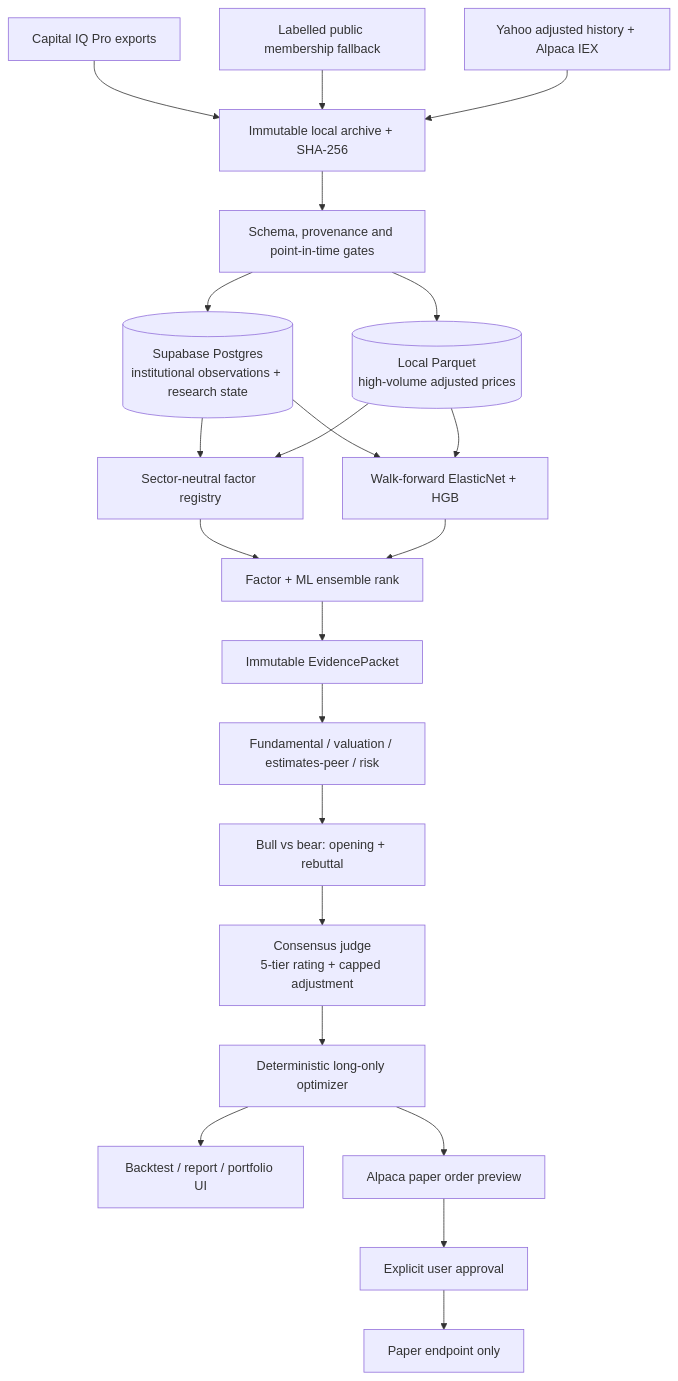
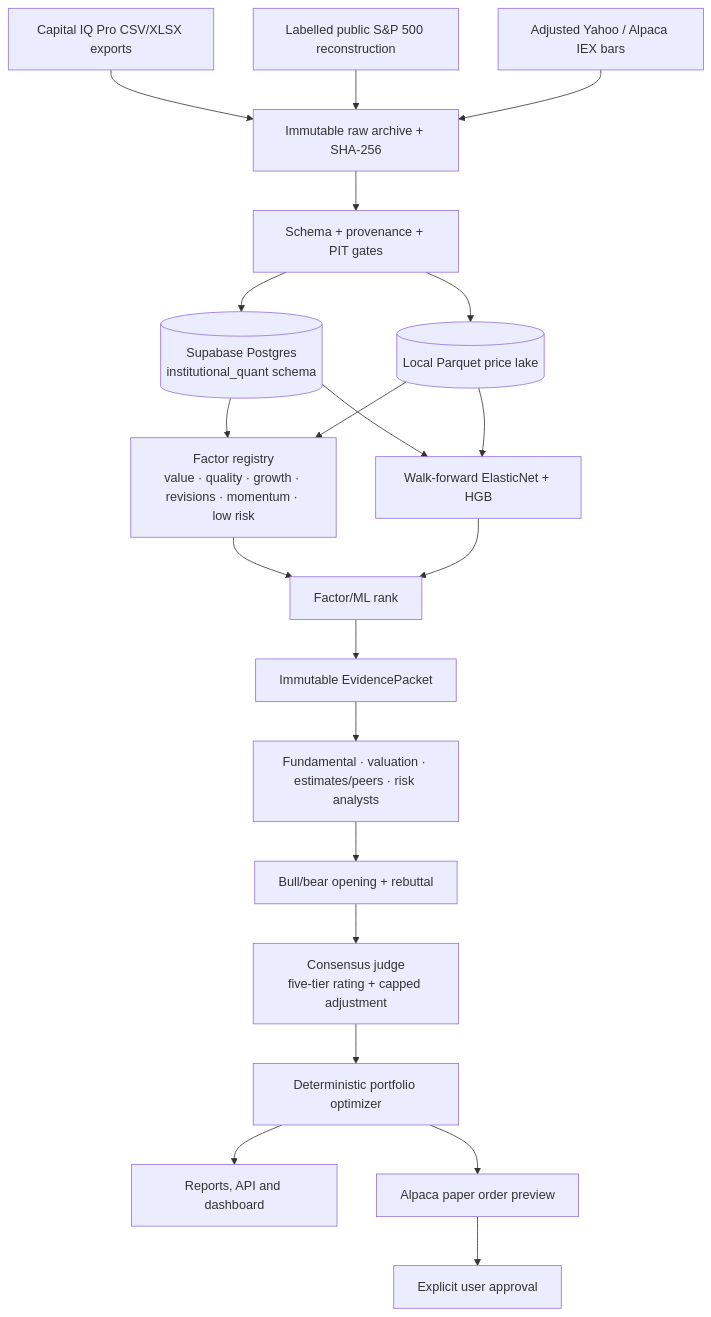
The diagram in README.md (huajianv587/sp500-institutional-quant), drawn with Mermaid before and after one commit. The commit also changed other lines of this file and 7 other files, not shown here.

Commit message:
feat: complete institutional S&P 500 research loop

````diff
--- a/README.md
+++ b/README.md
@@ -41,24 +27,23 @@
 ```mermaid
 flowchart TD
-    CIQ[Capital IQ Pro exports] --> RAW[Immutable local archive + SHA-256]
-    PUBLIC[Labelled public membership fallback] --> RAW
-    MARKET[Yahoo adjusted history + Alpaca IEX] --> RAW
-    RAW --> GATE[Schema, provenance and point-in-time gates]
-    GATE --> DB[(Supabase Postgres\ninstitutional observations + research state)]
-    GATE --> LAKE[(Local Parquet\nhigh-volume adjusted prices)]
-    DB --> FACTOR[Sector-neutral factor registry]
-    LAKE --> FACTOR
-    DB --> ML[Walk-forward ElasticNet + HGB]
-    LAKE --> ML
-    FACTOR --> RANK[Factor + ML ensemble rank]
-    ML --> RANK
-    RANK --> PACKET[Immutable EvidencePacket]
-    PACKET --> ANALYSTS[Fundamental / valuation / estimates-peer / risk]
-    ANALYSTS --> DEBATE[Bull vs bear: opening + rebuttal]
-    DEBATE --> JUDGE[Consensus judge\n5-tier rating + capped adjustment]
-    JUDGE --> OPT[Deterministic long-only optimizer]
-    OPT --> REPORT[Backtest / report / portfolio UI]
-    OPT --> PREVIEW[Alpaca paper order preview]
-    PREVIEW --> APPROVAL[Explicit user approval]
-    APPROVAL --> PAPER[Paper endpoint only]
+  CIQ[Capital IQ Pro CSV/XLSX exports] --> ARCH[Immutable raw archive + SHA-256]
+  PUB[Labelled public S&P 500 reconstruction] --> ARCH
+  MKT[Adjusted Yahoo / Alpaca IEX bars] --> ARCH
+  ARCH --> GATE[Schema + provenance + PIT gates]
+  GATE --> DB[(Supabase Postgres<br/>institutional_quant schema)]
+  GATE --> LAKE[(Local Parquet price lake)]
+  DB --> F[Factor registry<br/>value · quality · growth · revisions · momentum · low risk]
+  LAKE --> F
+  DB --> ML[Walk-forward ElasticNet + HGB]
+  LAKE --> ML
+  F --> RANK[Factor/ML rank]
+  ML --> RANK
+  RANK --> PACK[Immutable EvidencePacket]
+  PACK --> A[Fundamental · valuation · estimates/peers · risk analysts]
+  A --> D[Bull/bear opening + rebuttal]
+  D --> J[Consensus judge<br/>five-tier rating + capped adjustment]
+  J --> OPT[Deterministic portfolio optimizer]
+  OPT --> REPORT[Reports, API and dashboard]
+  OPT --> PREVIEW[Alpaca paper order preview]
+  PREVIEW --> APPROVAL[Explicit user approval]
 ```
````
